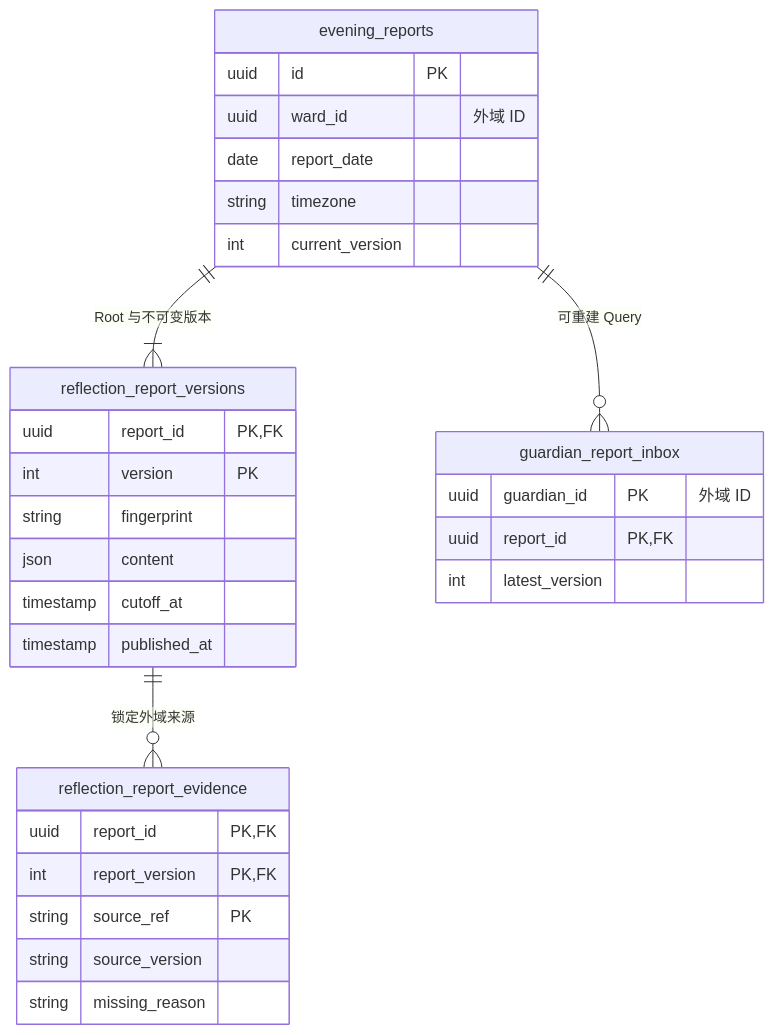
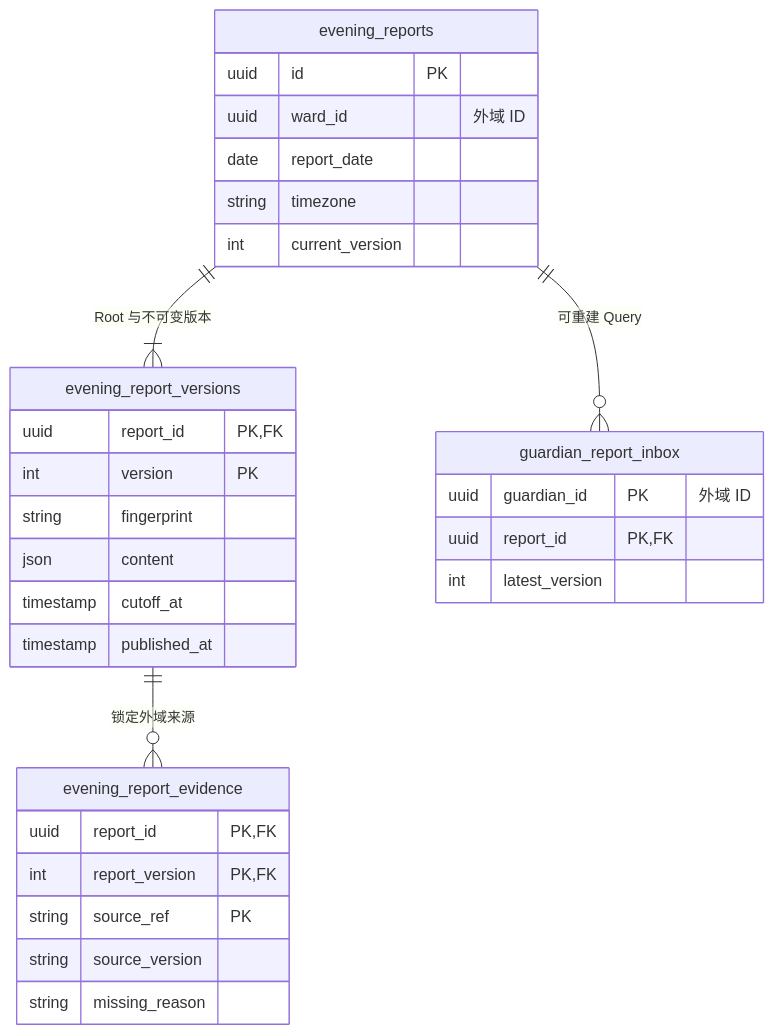
One commit to johanchow/duxue changed the second of 3 diagrams in docs/technical/domain-evaluation.md. Above: the diagram before and after it, drawn with Mermaid. The commit also changed other lines of this file and 169 other files, not shown here.

````diff
--- a/docs/technical/domain-evaluation.md
+++ b/docs/technical/domain-evaluation.md
@@ -79,33 +79,33 @@
 ```mermaid
 erDiagram
-    evening_reports ||--|{ reflection_report_versions : "Root 与不可变版本"
-    reflection_report_versions ||--o{ reflection_report_evidence : "锁定外域来源"
+    evening_reports ||--|{ evening_report_versions : "Root 与不可变版本"
+    evening_report_versions ||--o{ evening_report_evidence : "锁定外域来源"
     evening_reports ||--o{ guardian_report_inbox : "可重建 Query"
     evening_reports {
       uuid id PK
       uuid ward_id "外域 ID"
       date report_date
       string timezone
       int current_version
     }
-    reflection_report_versions {
+    evening_report_versions {
       uuid report_id PK,FK
       int version PK
       string fingerprint
       json content
       timestamp cutoff_at
       timestamp published_at
     }
-    reflection_report_evidence {
+    evening_report_evidence {
       uuid report_id PK,FK
       int report_version PK,FK
       string source_ref PK
       string source_version
       string missing_reason
     }
     guardian_report_inbox {
       uuid guardian_id PK "外域 ID"
       uuid report_id PK,FK
       int latest_version
     }
 ```
````
